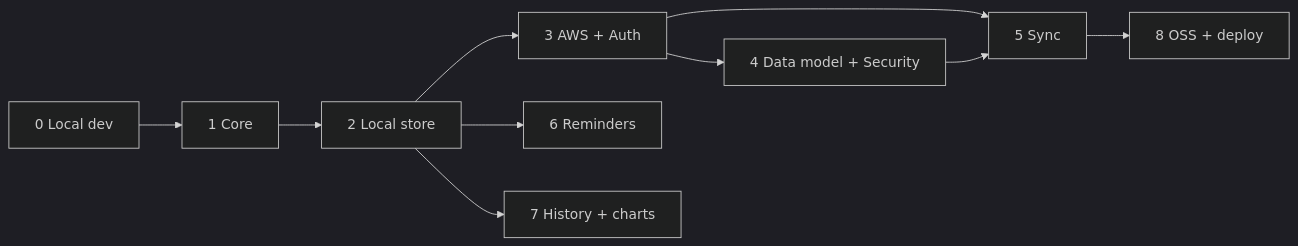
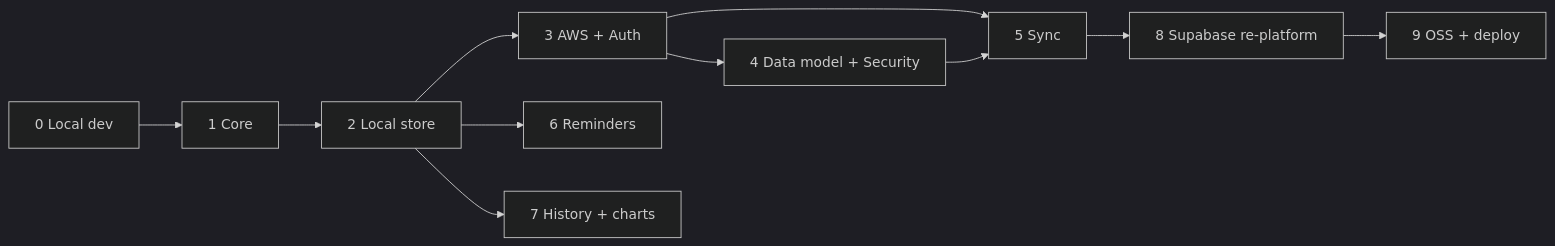
One commit to ankoor7/med-tracker changed the diagram in specs/03-implementation-plan.md. Above: the diagram before and after it, drawn with Mermaid (dark theme). The commit also changed other lines of this file and 4 other files, not shown here.

````diff
--- a/specs/03-implementation-plan.md
+++ b/specs/03-implementation-plan.md
@@ -33,12 +34,13 @@
 ```mermaid
 flowchart LR
   S0[0 Local dev] --> S1[1 Core]
   S1[1 Core] --> S2[2 Local store]
   S2 --> S3[3 AWS + Auth]
   S3 --> S4[4 Data model + Security]
   S3 --> S5[5 Sync]
   S4 --> S5
   S2 --> S6[6 Reminders]
   S2 --> S7[7 History + charts]
-  S5 --> S8[8 OSS + deploy]
+  S5 --> S8[8 Supabase re-platform]
+  S8 --> S9[9 OSS + deploy]
 ```
````
